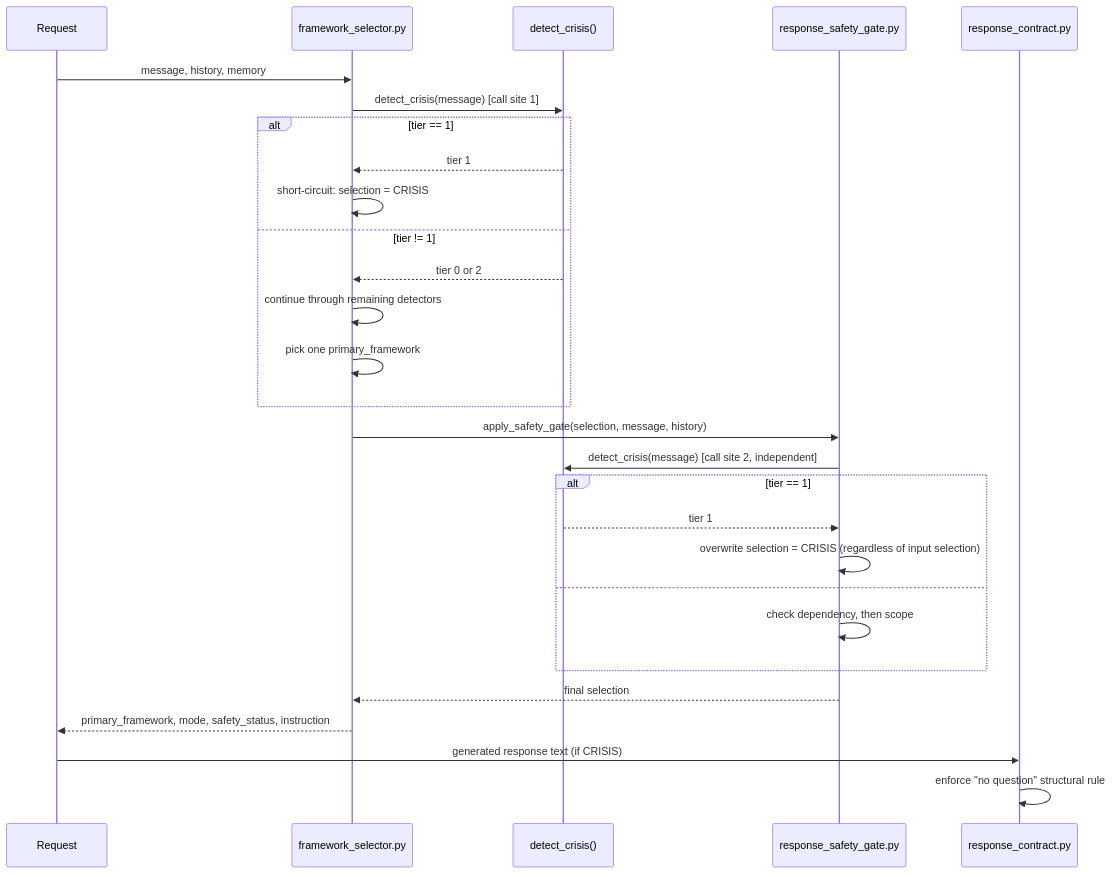
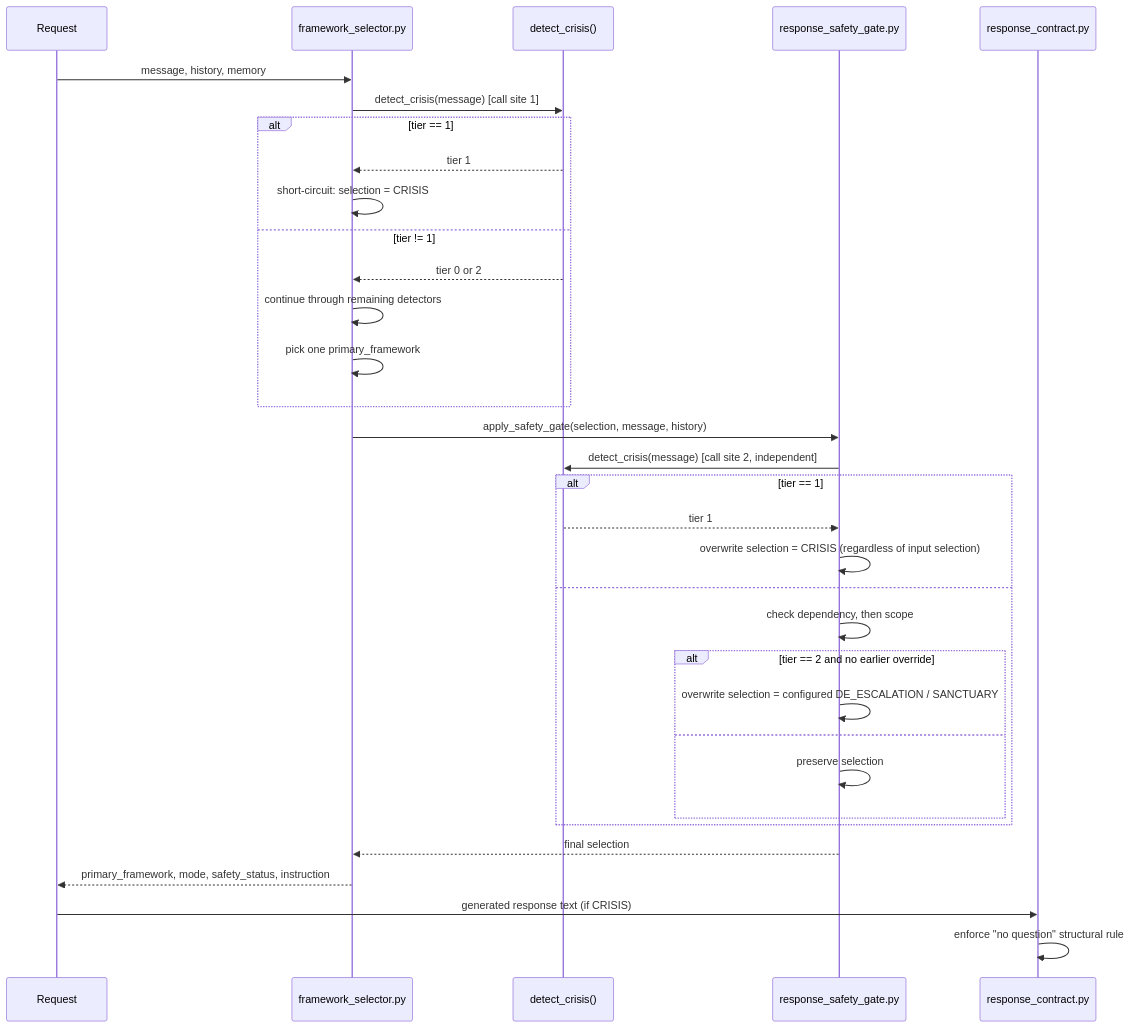
One commit to tuanductran/soulmap-ai changed the diagram in docs/engineering/adr/0001-layered-crisis-detection.md. Above: the diagram before and after it, drawn with Mermaid. The commit also changed other lines of this file and 7 other files, not shown here.

First line of the commit message:
fix: preserve Tier 2 Sanctuary through safety gate (#982)

````diff
--- a/docs/engineering/adr/0001-layered-crisis-detection.md
+++ b/docs/engineering/adr/0001-layered-crisis-detection.md
@@ -154,31 +157,36 @@
 ```mermaid
 sequenceDiagram
     participant U as Request
     participant S as framework_selector.py
     participant D as detect_crisis()
     participant G as response_safety_gate.py
     participant V as response_contract.py
 
     U->>S: message, history, memory
     S->>D: detect_crisis(message)  [call site 1]
     alt tier == 1
         D-->>S: tier 1
         S->>S: short-circuit: selection = CRISIS
     else tier != 1
         D-->>S: tier 0 or 2
         S->>S: continue through remaining detectors
         S->>S: pick one primary_framework
     end
     S->>G: apply_safety_gate(selection, message, history)
     G->>D: detect_crisis(message)  [call site 2, independent]
     alt tier == 1
         D-->>G: tier 1
         G->>G: overwrite selection = CRISIS (regardless of input selection)
     else
         G->>G: check dependency, then scope
+        alt tier == 2 and no earlier override
+            G->>G: overwrite selection = configured DE_ESCALATION / SANCTUARY
+        else
+            G->>G: preserve selection
+        end
     end
     G-->>S: final selection
     S-->>U: primary_framework, mode, safety_status, instruction
     U->>V: generated response text (if CRISIS)
     V->>V: enforce "no question" structural rule
 ```
````
